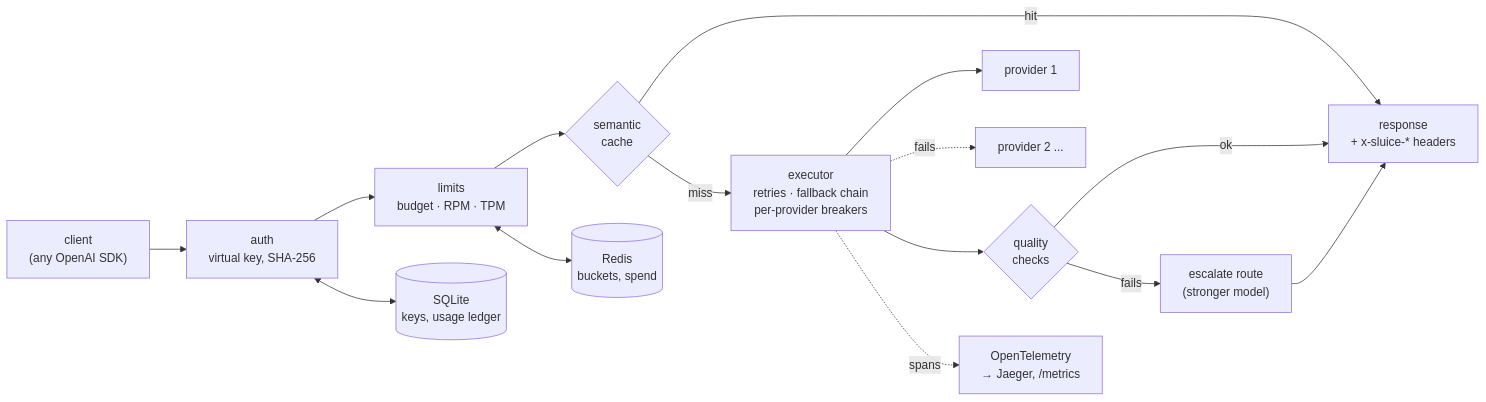
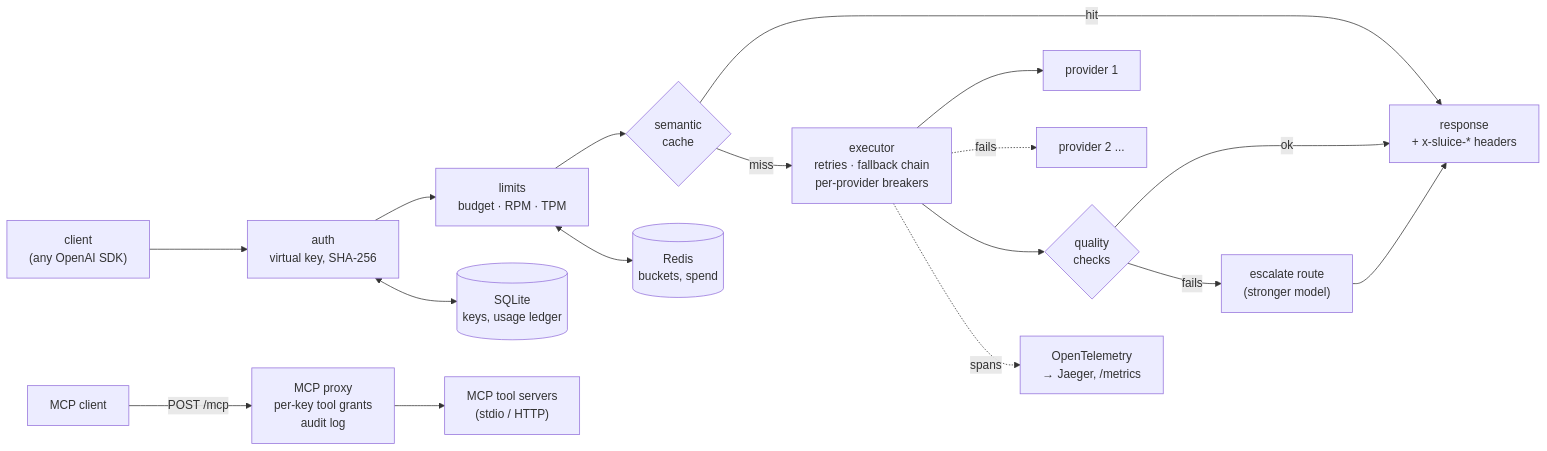
The diagram in README.md (mohammedp010/sluice), drawn with Mermaid before and after one commit. The commit also changed other lines of this file and 18 other files, not shown here.

First line of the commit message:
Phase 8: MCP proxy with per-key tool permissions and an audit log

````diff
--- a/README.md
+++ b/README.md
@@ -14,16 +15,17 @@
 ```mermaid
 flowchart LR
     C["client<br/>(any OpenAI SDK)"] --> A["auth<br/>virtual key, SHA-256"]
     A --> L["limits<br/>budget · RPM · TPM"]
     L --> K{"semantic<br/>cache"}
     K -- hit --> R["response<br/>+ x-sluice-* headers"]
     K -- miss --> X["executor<br/>retries · fallback chain<br/>per-provider breakers"]
     X --> P1["provider 1"]
     X -. "fails" .-> P2["provider 2 ..."]
     X --> Q{"quality<br/>checks"}
     Q -- ok --> R
     Q -- "fails" --> E["escalate route<br/>(stronger model)"] --> R
     L <--> RS[("Redis<br/>buckets, spend")]
     A <--> DB[("SQLite<br/>keys, usage ledger")]
     X -. spans .-> OT["OpenTelemetry<br/>→ Jaeger, /metrics"]
+    M["MCP client"] -->|"POST /mcp"| MP["MCP proxy<br/>per-key tool grants<br/>audit log"] --> TS["MCP tool servers<br/>(stdio / HTTP)"]
 ```
````
